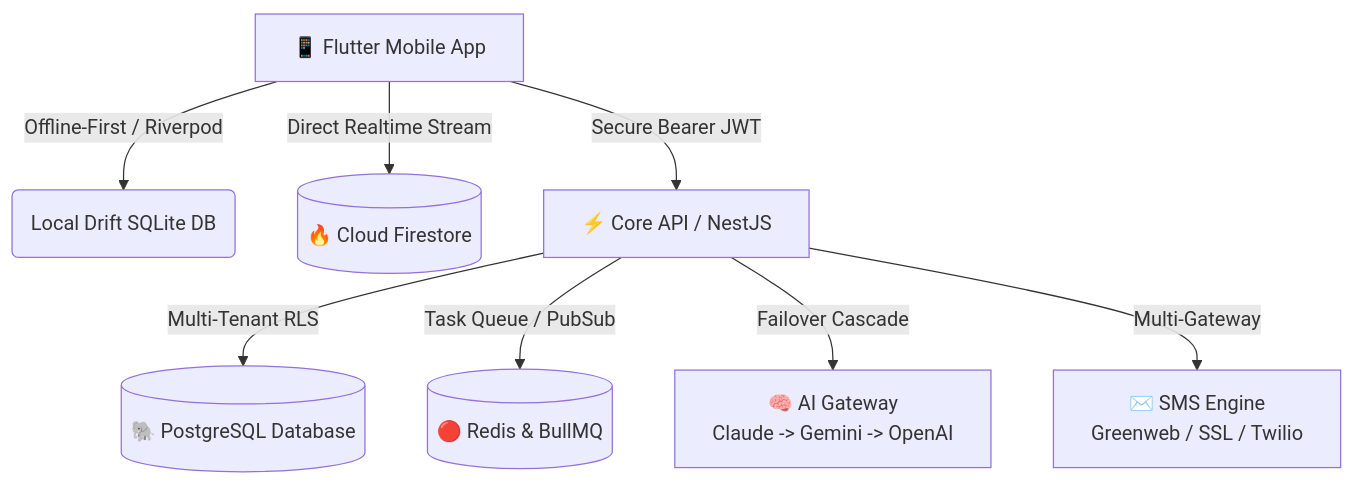
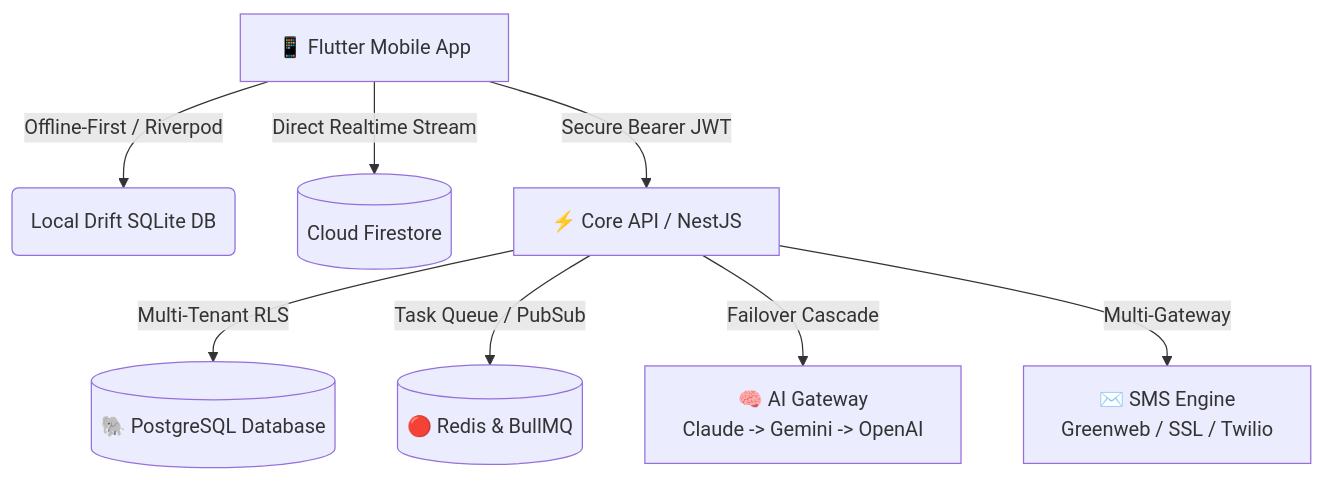
Before and after one commit to naimsmahmud50-dotcom/Madrasha-Managemant-Softaware: the diagram in README.md, drawn with Mermaid. The commit also changed other lines of this file, not shown here.

````diff
--- a/README.md
+++ b/README.md
@@ -57,11 +57,11 @@
 ```mermaid
 graph TD
   A[📱 Flutter Mobile App] -->|Offline-First / Riverpod| B(Local Drift SQLite DB)
-  A -->|Direct Realtime Stream| C[(🔥 Cloud Firestore)]
+  A -->|Direct Realtime Stream| C[( Cloud Firestore)]
   A -->|Secure Bearer JWT| D[⚡ Core API / NestJS]
   
   D -->|Multi-Tenant RLS| E[(🐘 PostgreSQL Database)]
   D -->|Task Queue / PubSub| F[(🔴 Redis & BullMQ)]
   D -->|Failover Cascade| G[🧠 AI Gateway<br/>Claude -> Gemini -> OpenAI]
   D -->|Multi-Gateway| H[✉️ SMS Engine<br/>Greenweb / SSL / Twilio]
 ```
````
